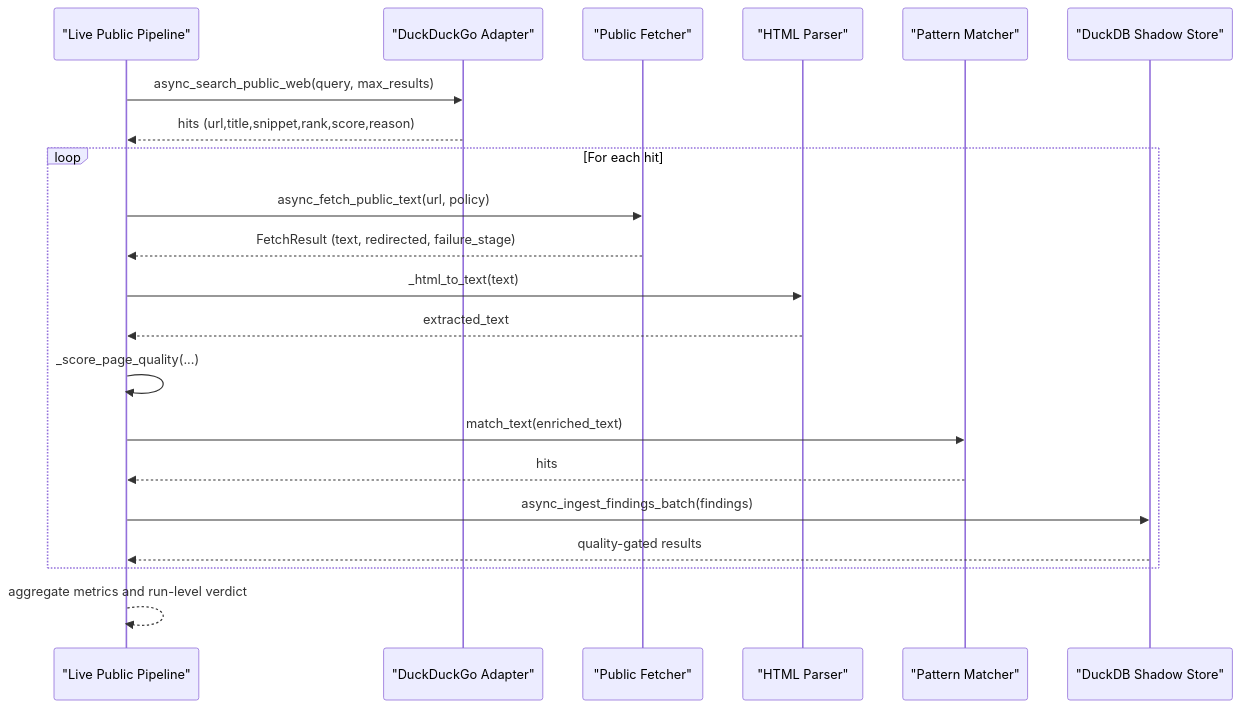
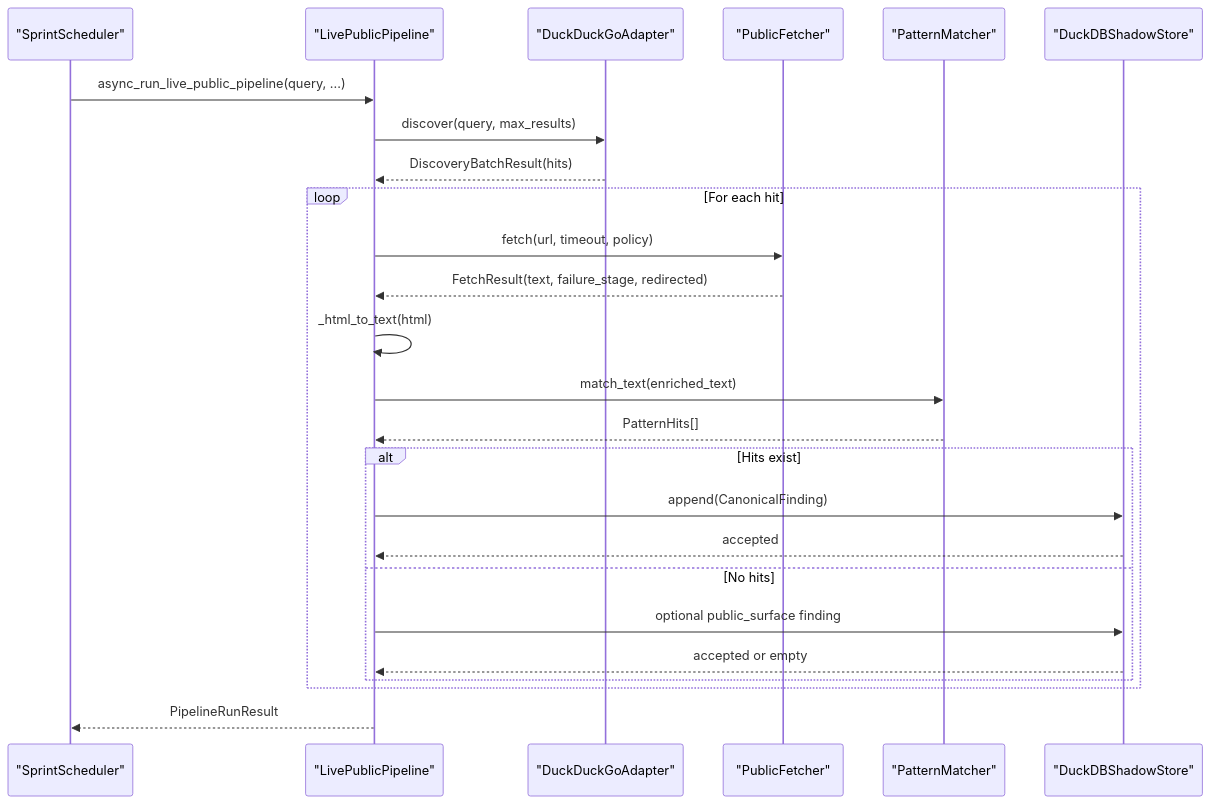
Before and after one commit to Hamulda/hledac-universal: the second of 11 diagrams in .qoder/repowiki/en/content/Pipeline System/Live Public Pipeline.md, drawn with Mermaid. The commit also changed other lines of this file and 236 other files, not shown here.

Commit message:
feat: F234 prelive gate, acquisition strategy and sprint scheduler improvements

````diff
--- a/.qoder/repowiki/en/content/Pipeline System/Live Public Pipeline.md
+++ b/.qoder/repowiki/en/content/Pipeline System/Live Public Pipeline.md
@@ -130,23 +95,27 @@
 ```mermaid
 sequenceDiagram
-participant Orchestrator as "Live Public Pipeline"
-participant Discovery as "DuckDuckGo Adapter"
-participant Fetcher as "Public Fetcher"
-participant Extractor as "HTML Parser"
-participant Matcher as "Pattern Matcher"
-participant Store as "DuckDB Shadow Store"
-Orchestrator->>Discovery : async_search_public_web(query, max_results)
-Discovery-->>Orchestrator : hits (url,title,snippet,rank,score,reason)
+participant Orchestrator as "SprintScheduler"
+participant Pipeline as "LivePublicPipeline"
+participant Discovery as "DuckDuckGoAdapter"
+participant Fetcher as "PublicFetcher"
+participant Matcher as "PatternMatcher"
+participant Store as "DuckDBShadowStore"
+Orchestrator->>Pipeline : async_run_live_public_pipeline(query, ...)
+Pipeline->>Discovery : discover(query, max_results)
+Discovery-->>Pipeline : DiscoveryBatchResult(hits)
 loop For each hit
-Orchestrator->>Fetcher : async_fetch_public_text(url, policy)
-Fetcher-->>Orchestrator : FetchResult (text, redirected, failure_stage)
-Orchestrator->>Extractor : _html_to_text(text)
-Extractor-->>Orchestrator : extracted_text
-Orchestrator->>Orchestrator : _score_page_quality(...)
-Orchestrator->>Matcher : match_text(enriched_text)
-Matcher-->>Orchestrator : hits
-Orchestrator->>Store : async_ingest_findings_batch(findings)
-Store-->>Orchestrator : quality-gated results
+Pipeline->>Fetcher : fetch(url, timeout, policy)
+Fetcher-->>Pipeline : FetchResult(text, failure_stage, redirected)
+Pipeline->>Pipeline : _html_to_text(html)
+Pipeline->>Matcher : match_text(enriched_text)
+Matcher-->>Pipeline : PatternHits[]
+alt Hits exist
+Pipeline->>Store : append(CanonicalFinding)
+Store-->>Pipeline : accepted
+else No hits
+Pipeline->>Store : optional public_surface finding
+Store-->>Pipeline : accepted or empty
 end
-Orchestrator-->>Orchestrator : aggregate metrics and run-level verdict
+end
+Pipeline-->>Orchestrator : PipelineRunResult
 ```
````
